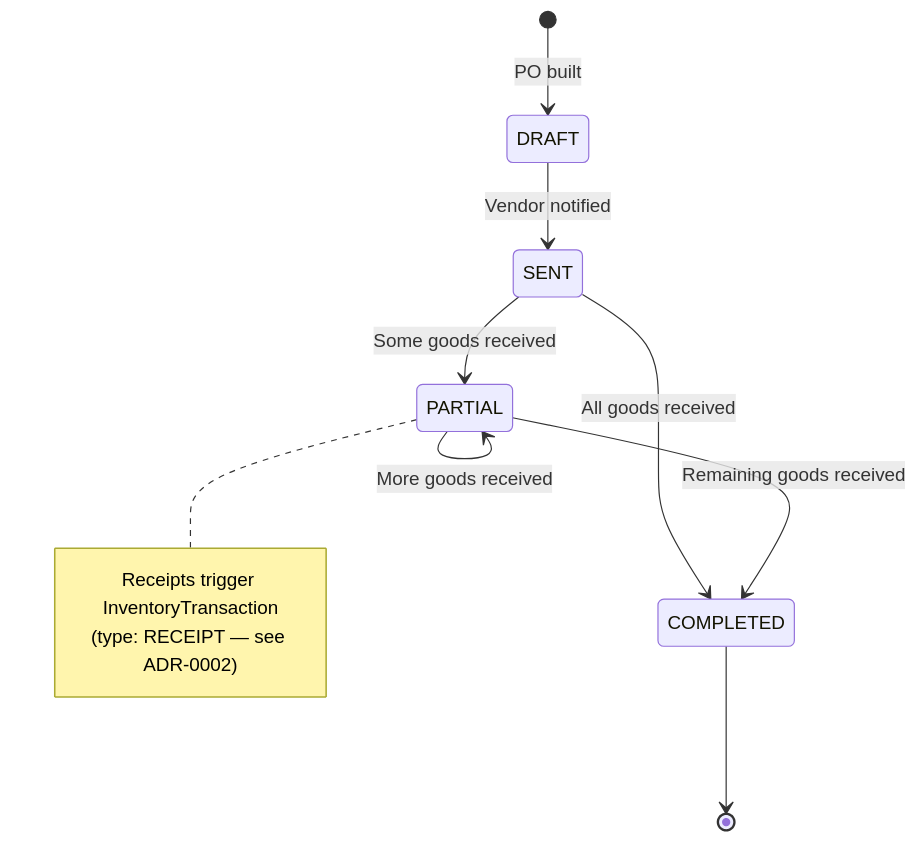
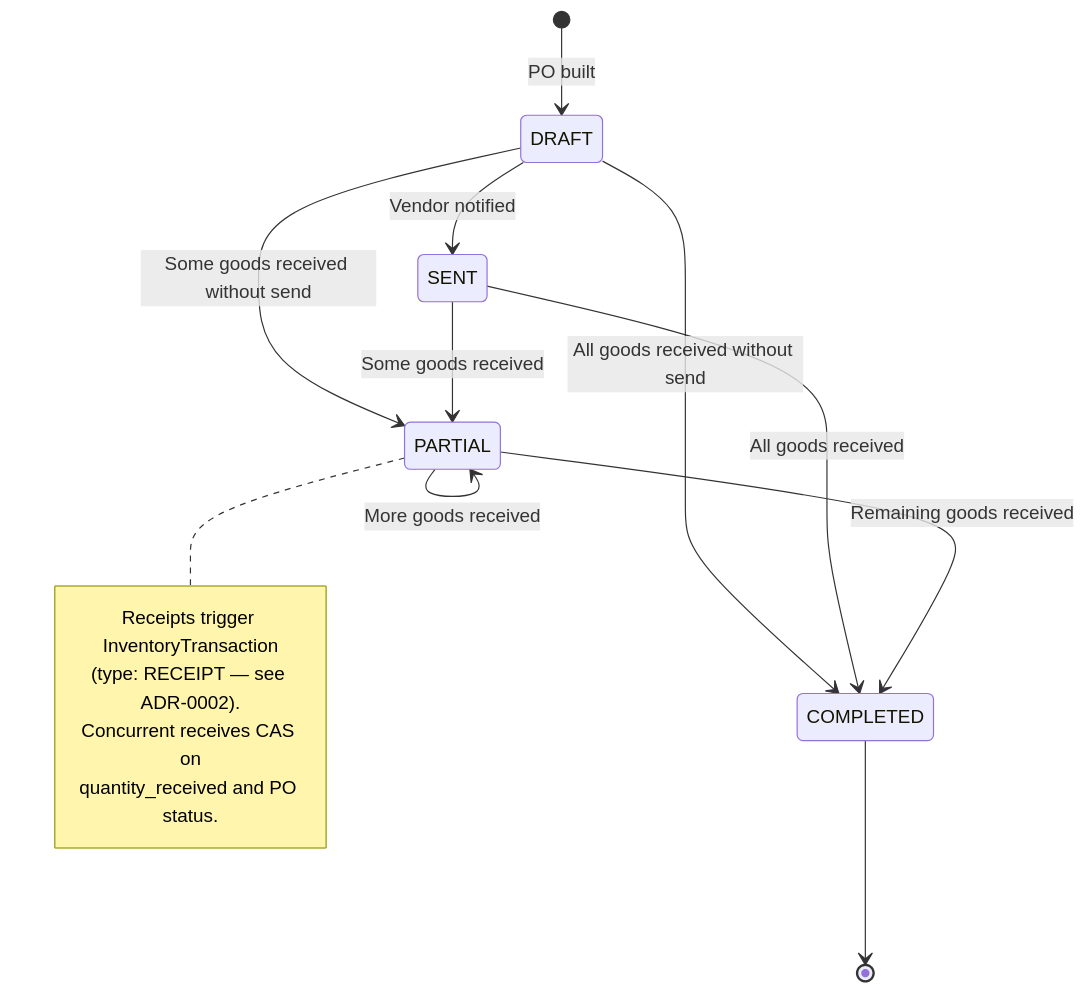
One commit to vandean25/auto-core-platform changed the fifth of 9 diagrams in docs/internal/04-Database/state-machines.md. Above: the diagram before and after it, drawn with Mermaid. The commit also changed other lines of this file and 13 other files, not shown here.

````diff
--- a/docs/internal/04-Database/state-machines.md
+++ b/docs/internal/04-Database/state-machines.md
@@ -144,16 +169,20 @@
 ```mermaid
 stateDiagram-v2
     [*] --> DRAFT: PO built
     DRAFT --> SENT: Vendor notified
+    DRAFT --> PARTIAL: Some goods received without send
+    DRAFT --> COMPLETED: All goods received without send
     SENT --> PARTIAL: Some goods received
     PARTIAL --> PARTIAL: More goods received
     SENT --> COMPLETED: All goods received
     PARTIAL --> COMPLETED: Remaining goods received
     
     COMPLETED --> [*]
 
     note right of PARTIAL
       Receipts trigger InventoryTransaction
-      (type: RECEIPT — see ADR-0002)
+      (type: RECEIPT — see ADR-0002).
+      Concurrent receives CAS on
+      quantity_received and PO status.
     end note
 ```
````
